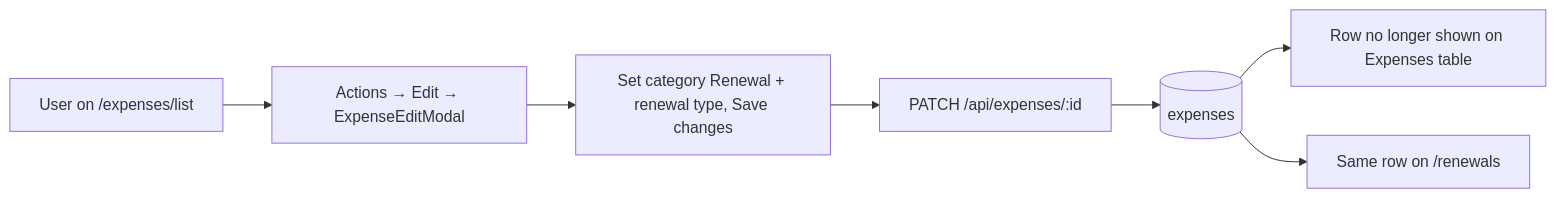
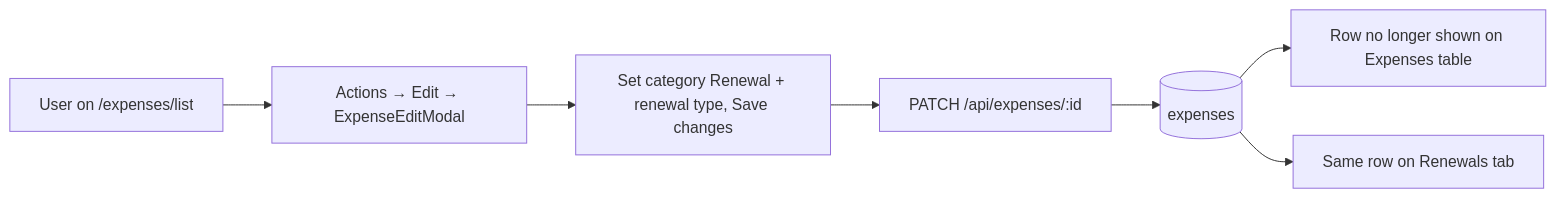
One commit to becomeonewiththecode/expense_tracker changed the third of 3 diagrams in docs/RENEWALS.md. Above: the diagram before and after it, drawn with Mermaid. The commit also changed other lines of this file and 36 other files, not shown here.

````diff
--- a/docs/RENEWALS.md
+++ b/docs/RENEWALS.md
@@ -48,9 +48,9 @@
 ```mermaid
 flowchart LR
   U["User on /expenses/list"] --> E["Actions → Edit → ExpenseEditModal"]
   E --> S["Set category Renewal + renewal type, Save changes"]
   S --> P["PATCH /api/expenses/:id"]
   P --> DB[(expenses)]
   DB --> X["Row no longer shown on Expenses table"]
-  DB --> Y["Same row on /renewals"]
+  DB --> Y["Same row on Renewals tab"]
 ```
````
